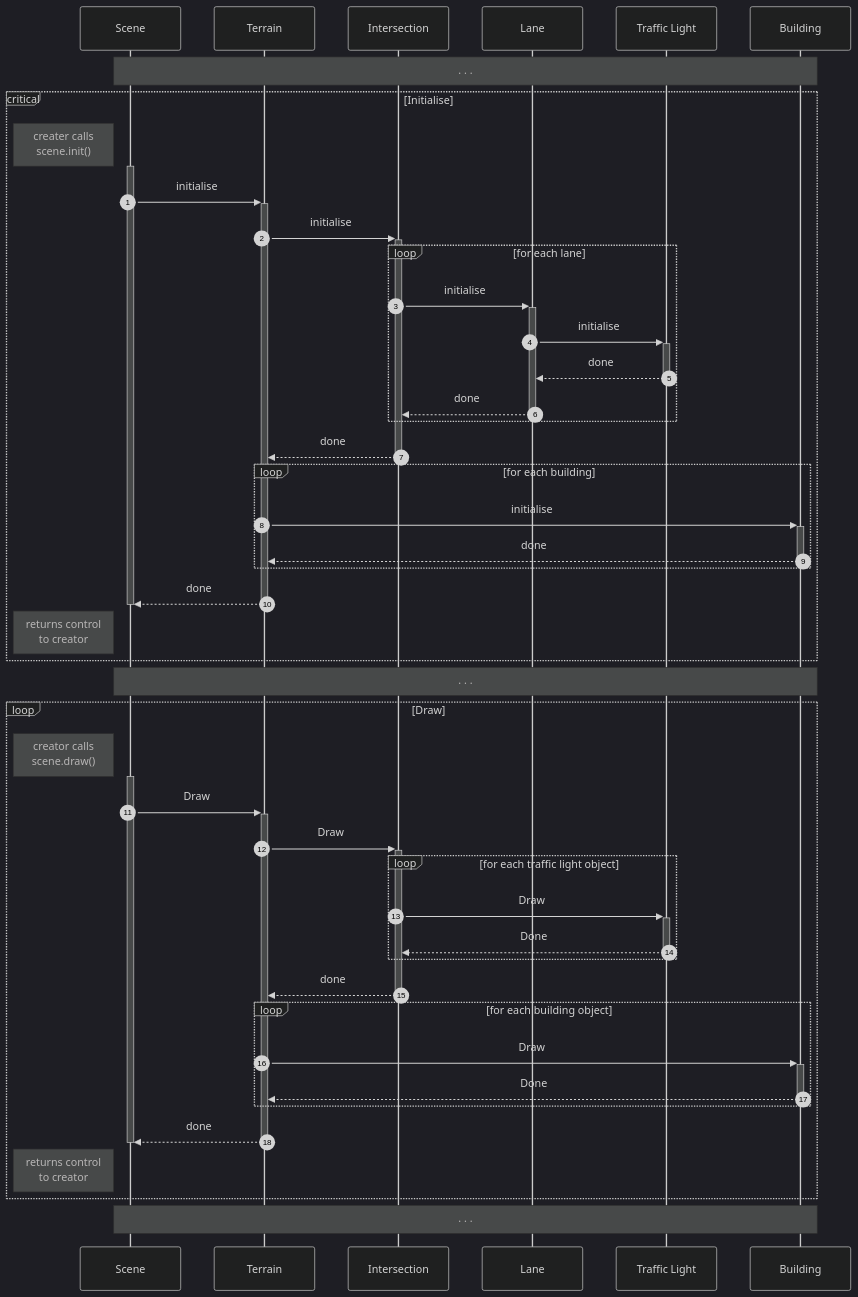
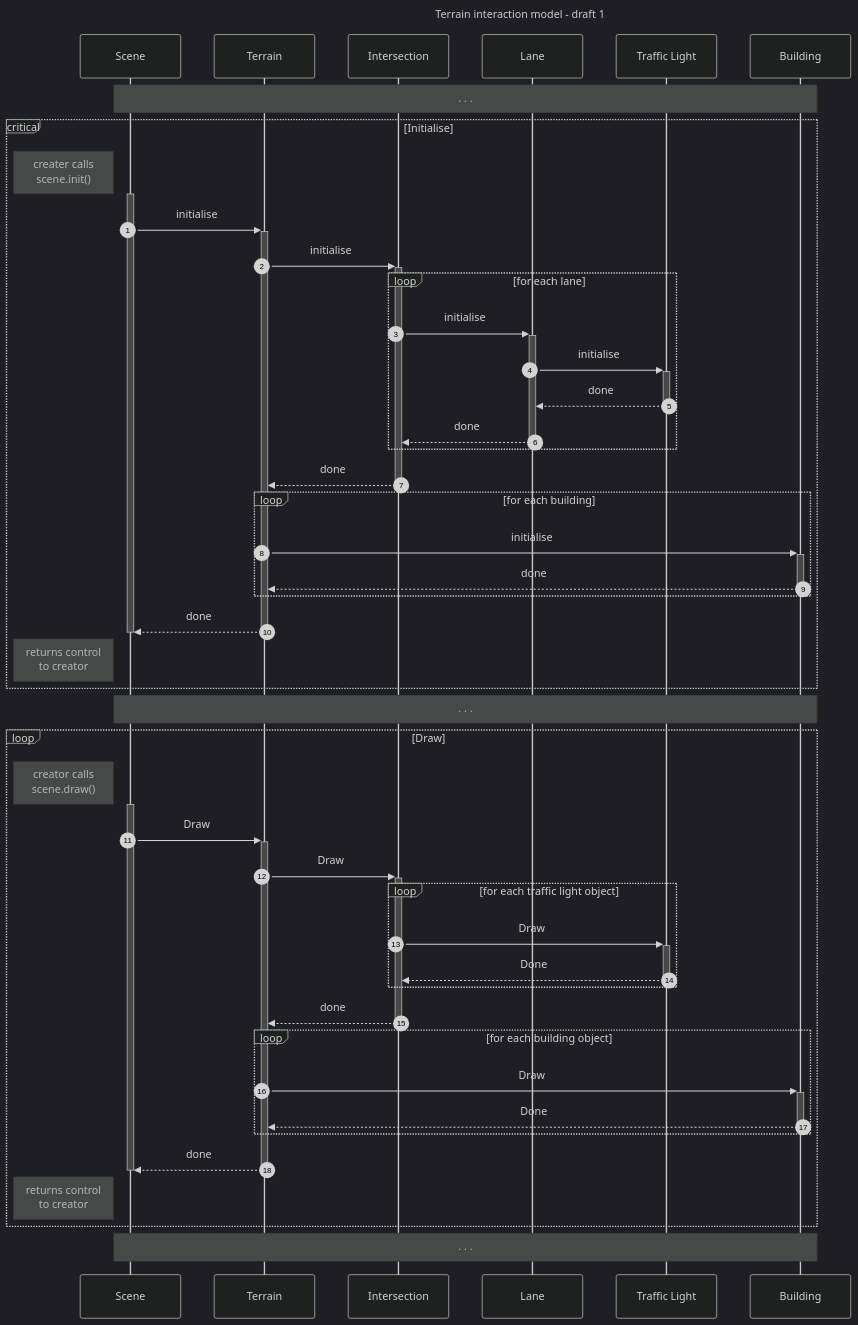
One commit to corbeau217/cpp_opengl_vehicles changed the fifth of 11 diagrams in docs/docs_01_conceptual.md. Above: the diagram before and after it, drawn with Mermaid (dark theme). The commit also changed other lines of this file and 1 other file, not shown here.

````diff
--- a/docs/docs_01_conceptual.md
+++ b/docs/docs_01_conceptual.md
@@ -870,61 +873,64 @@
 ```mermaid
+---
+title: Terrain interaction model - draft 1
+---
 sequenceDiagram
     autonumber
     %% -------------------------------------------------
     participant SCENE as Scene
     participant TERRAIN as Terrain
     participant INTERSECTION as Intersection
     participant LANE as Lane
     participant TRAFFICLIGHT as Traffic Light
     participant BUILDING as Building
     %% ...
     %% -------------------------------------------------
     note over SCENE,BUILDING: . . . 
     %% -------------------------------------------------
     critical Initialise
     note left of SCENE: creater calls<br>scene.init()
     activate SCENE
     SCENE ->>+ TERRAIN: initialise
     TERRAIN ->>+ INTERSECTION: initialise
     loop for each lane
     INTERSECTION ->>+ LANE: initialise
     LANE ->>+ TRAFFICLIGHT: initialise
     TRAFFICLIGHT -->>- LANE: done
     LANE -->>- INTERSECTION: done
     end
     INTERSECTION -->>- TERRAIN: done
     loop for each building
     TERRAIN ->>+ BUILDING: initialise
     BUILDING -->>- TERRAIN: done
     end
     TERRAIN -->>- SCENE: done
     deactivate SCENE
     note left of SCENE: returns control<br>to creator
     end
     %% -------------------------------------------------
     note over SCENE,BUILDING: . . . 
     %% -------------------------------------------------
     loop Draw
     note left of SCENE: creator calls<br>scene.draw()
     activate SCENE
     %% ...
     SCENE ->>+ TERRAIN : Draw
     TERRAIN ->>+ INTERSECTION : Draw
     loop for each traffic light object
     INTERSECTION ->>+ TRAFFICLIGHT : Draw
     TRAFFICLIGHT -->>- INTERSECTION : Done
     end
     INTERSECTION -->>- TERRAIN : done
     loop for each building object
     TERRAIN ->>+ BUILDING : Draw
     BUILDING -->>- TERRAIN : Done
     end
     TERRAIN -->>- SCENE : done
     %% ...
     deactivate SCENE
     note left of SCENE: returns control<br>to creator
     end
     %% -------------------------------------------------
     note over SCENE,BUILDING: . . . 
     %% -------------------------------------------------
 ```
````
